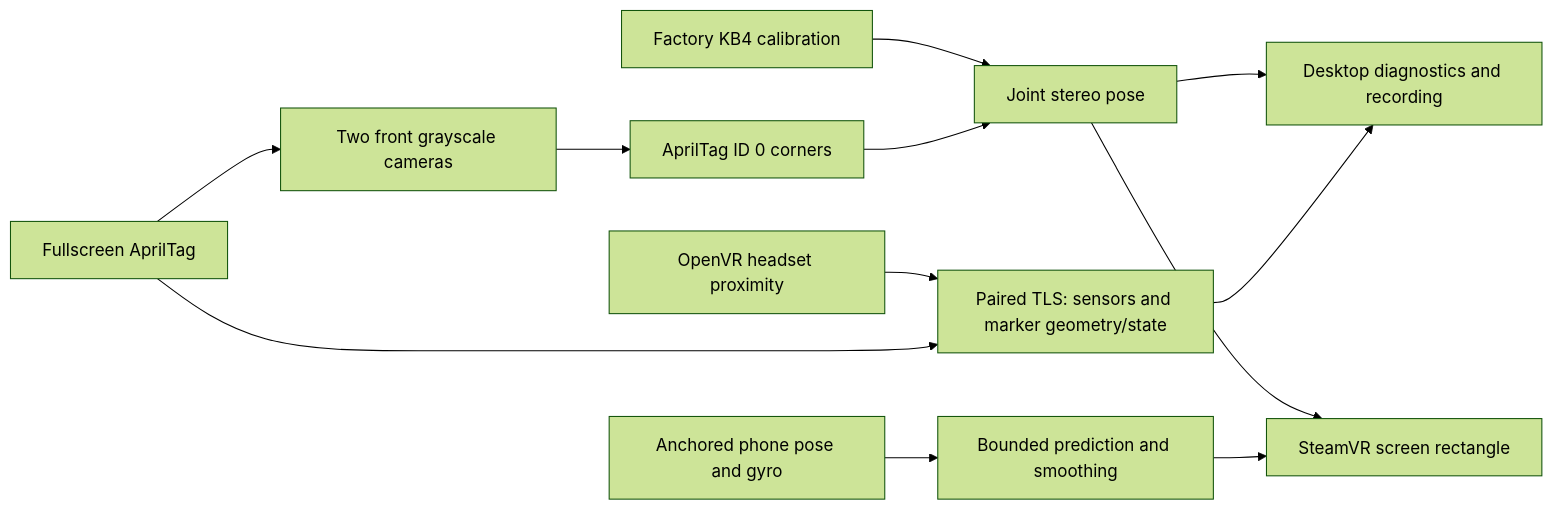
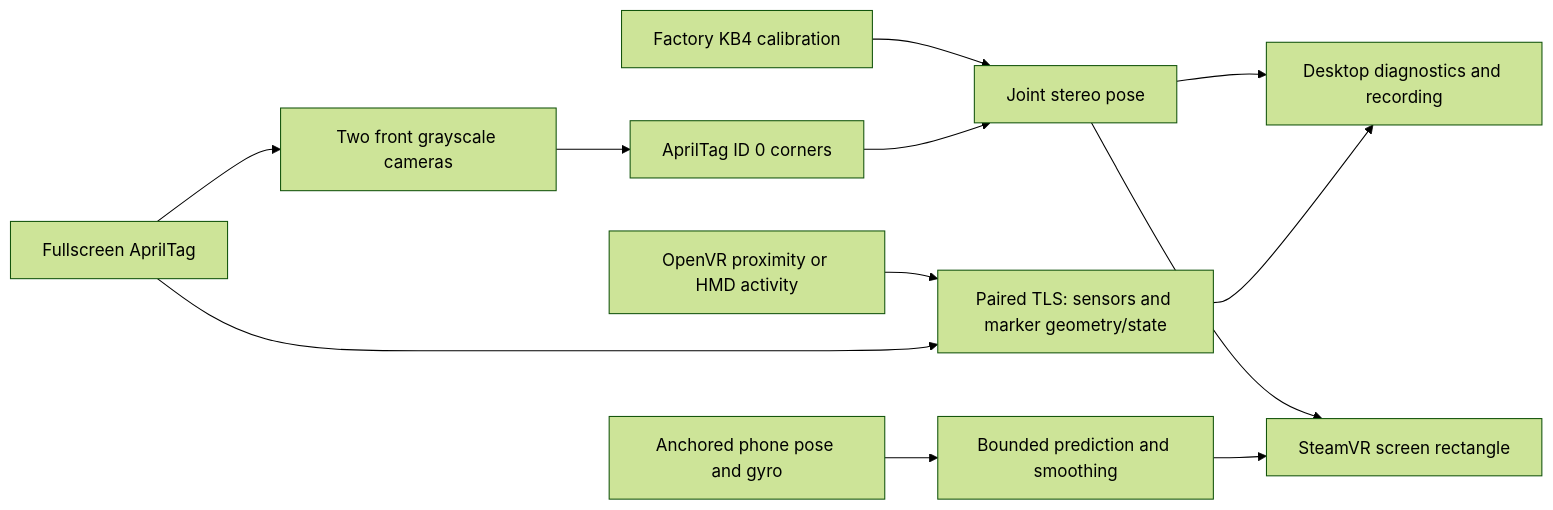
One commit to MarkEScheidker/FramePhone changed the diagram in frame/docs/ARCHITECTURE.md. Above: the diagram before and after it, drawn with Mermaid (forest theme). The commit also changed other lines of this file and 12 other files, not shown here.

````diff
--- a/frame/docs/ARCHITECTURE.md
+++ b/frame/docs/ARCHITECTURE.md
@@ -9,14 +9,14 @@
 ```mermaid
 flowchart LR
     Phone[Fullscreen AprilTag] --> Cameras[Two front grayscale cameras]
     Cameras --> Tags[AprilTag ID 0 corners]
     Calibration[Factory KB4 calibration] --> Pose[Joint stereo pose]
     Tags --> Pose
     Pose --> UI[Desktop diagnostics and recording]
     Pose --> VR[SteamVR screen rectangle]
     ARCore[Anchored phone pose and gyro] --> Predict[Bounded prediction and smoothing]
     Predict --> VR
-    Wearer[OpenVR headset proximity] --> TLS
+    Wearer[OpenVR proximity or HMD activity] --> TLS
     Phone --> TLS[Paired TLS: sensors and marker geometry/state]
     TLS --> UI
 ```
````
